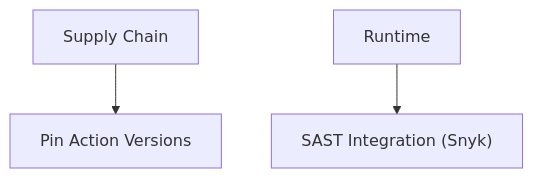
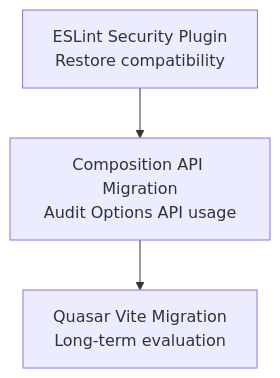
Before and after one commit to migasfree/migasfree-frontend: the third of 5 diagrams in docs/governance/audits/strategic_audit_report.md, drawn with Mermaid. The commit also changed other lines of this file, not shown here.

First line of the commit message:
docs(audit): add strategic audit report for migasfree-frontend

````diff
--- a/docs/governance/audits/strategic_audit_report.md
+++ b/docs/governance/audits/strategic_audit_report.md
@@ -109,5 +152,6 @@
 ```mermaid
 graph TD
-    S1["Supply Chain"] --> SC1["Pin Action Versions"]
-    S2["Runtime"] --> SC2["SAST Integration (Snyk)"]
+    S1["ESLint Security Plugin\nRestore compatibility"] --> S2
+    S2["Composition API Migration\nAudit Options API usage"] --> S3
+    S3["Quasar Vite Migration\nLong-term evaluation"]
 ```
````
